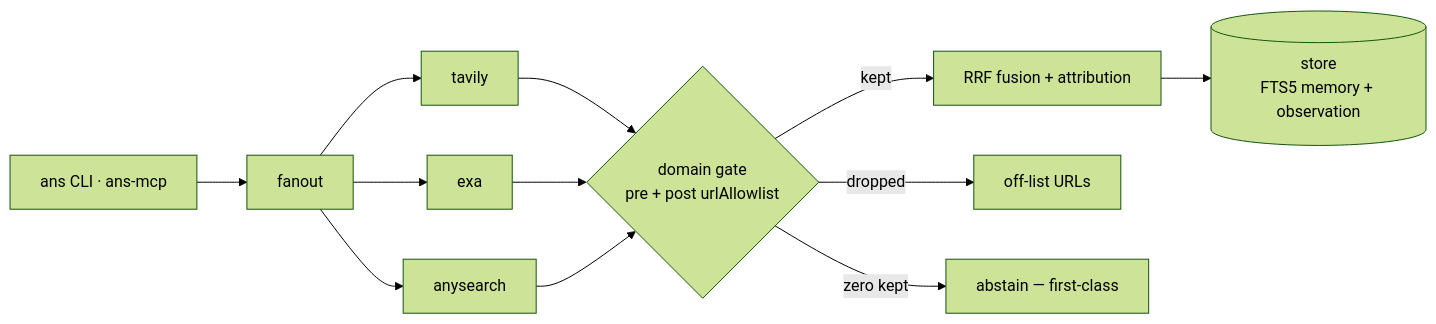
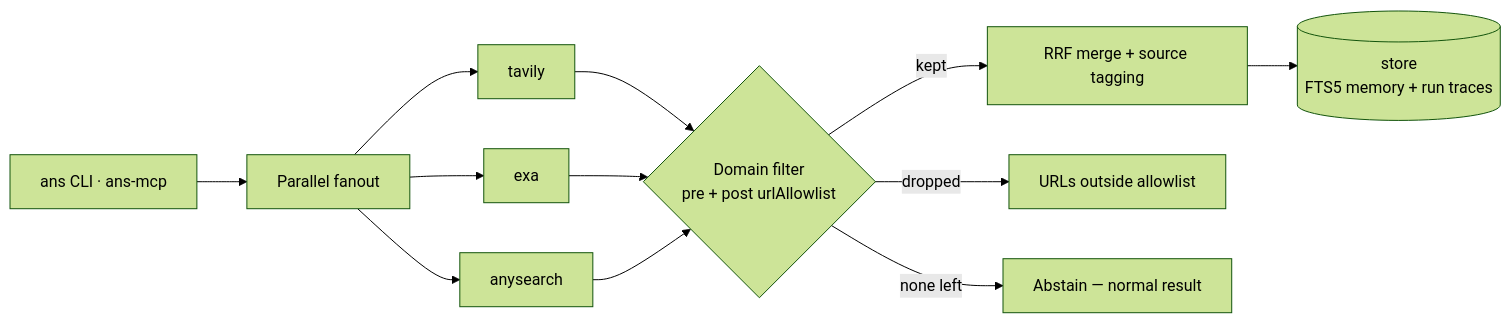
One commit to Xxx91n/anysearch-cli changed the diagram in README.md. Above: the diagram before and after it, drawn with Mermaid (forest theme). The commit also changed other lines of this file, not shown here.

````diff
--- a/README.md
+++ b/README.md
@@ -246,12 +168,12 @@
 ```mermaid
 flowchart LR
-    U["ans CLI · ans-mcp"] --> Q["fanout"]
+    U["ans CLI · ans-mcp"] --> Q["Parallel fanout"]
     Q --> T["tavily"]
     Q --> E["exa"]
     Q --> A["anysearch"]
-    T & E & A --> G{"domain gate<br/>pre + post urlAllowlist"}
-    G -->|"kept"| F["RRF fusion + attribution"]
-    G -->|"dropped"| X["off-list URLs"]
-    G -->|"zero kept"| Z["abstain — first-class"]
-    F --> S[("store<br/>FTS5 memory + observation")]
+    T & E & A --> G{"Domain filter<br/>pre + post urlAllowlist"}
+    G -->|"kept"| F["RRF merge + source tagging"]
+    G -->|"dropped"| X["URLs outside allowlist"]
+    G -->|"none left"| Z["Abstain — normal result"]
+    F --> S[("store<br/>FTS5 memory + run traces")]
 ```
````
